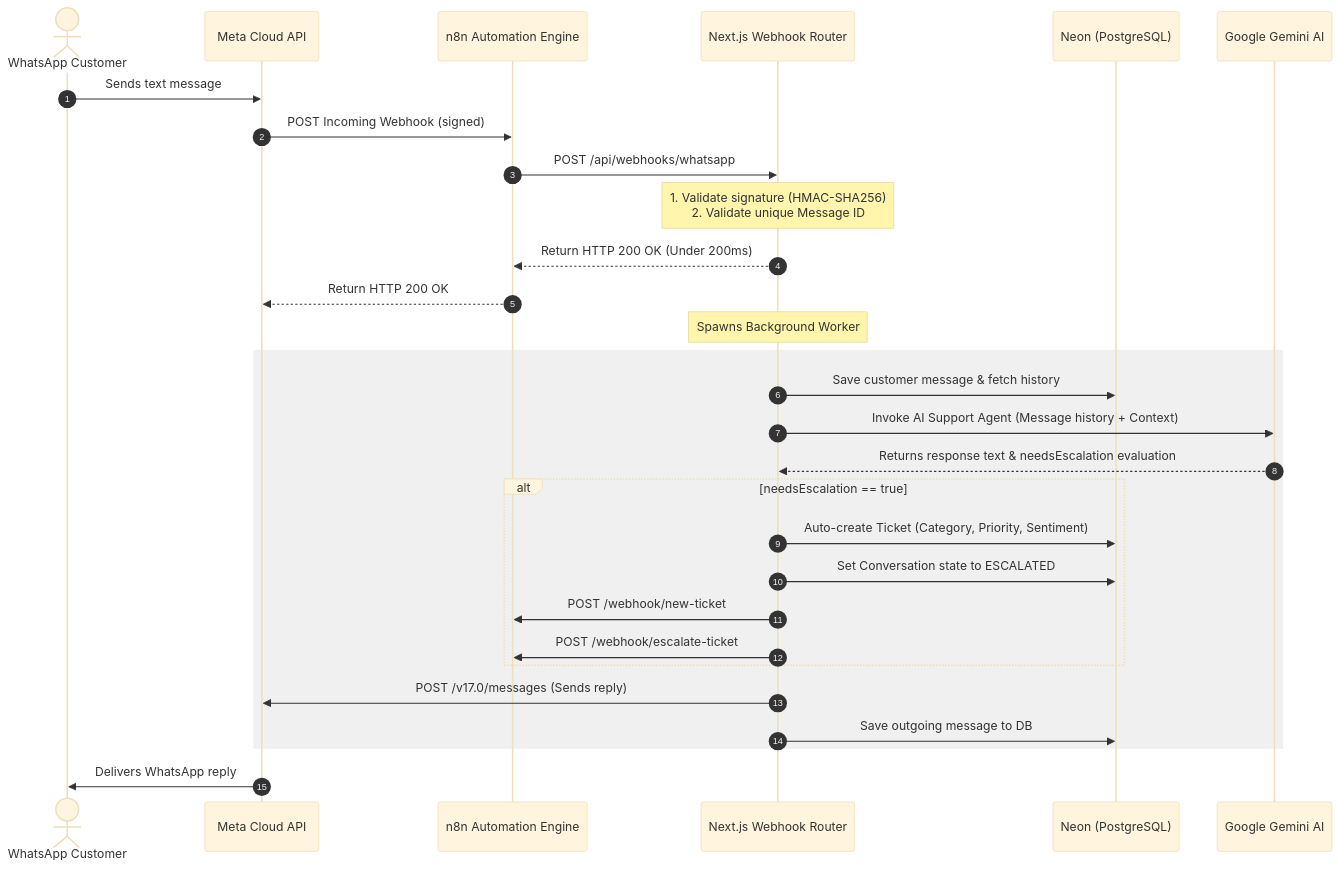
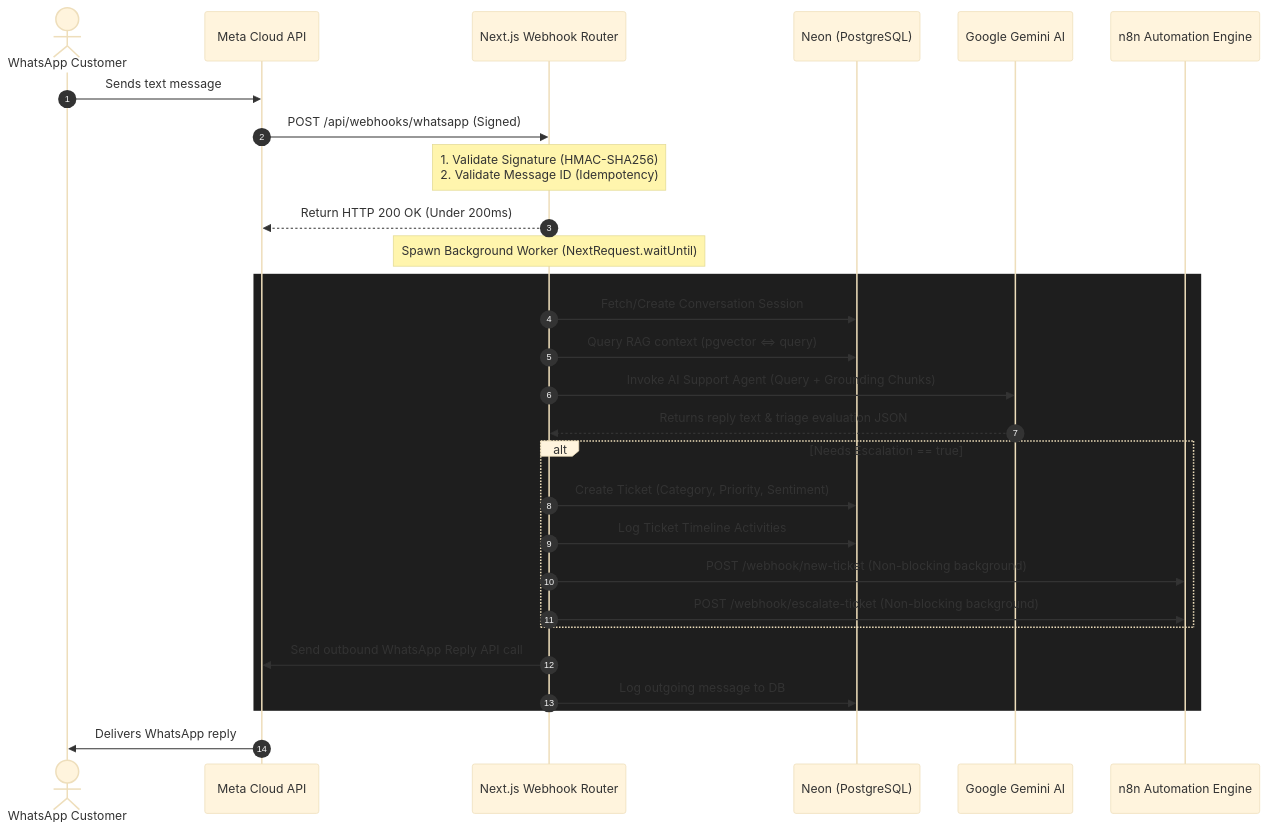
The diagram in README.md (pawan646435/FlowDesk-AI), drawn with Mermaid (base theme) before and after one commit. The commit also changed other lines of this file and 9 other files, not shown here.

Commit message:
docs: Perform repository audit, clean redundant guides, and add ARCHITECTURE & DEPLOYMENT docs

````diff
--- a/README.md
+++ b/README.md
@@ -12,36 +11,35 @@
 ```mermaid
 sequenceDiagram
     autonumber
     actor Customer as WhatsApp Customer
     participant Meta as Meta Cloud API
-    participant n8n as n8n Automation Engine
     participant NextJS as Next.js Webhook Router
     participant DB as Neon (PostgreSQL)
     participant Gemini as Google Gemini AI
+    participant n8n as n8n Automation Engine
 
     Customer->>Meta: Sends text message
-    Meta->>n8n: POST Incoming Webhook (signed)
-    n8n->>NextJS: POST /api/webhooks/whatsapp
+    Meta->>NextJS: POST /api/webhooks/whatsapp (Signed)
     
-    Note over NextJS: 1. Validate signature (HMAC-SHA256)<br/>2. Validate unique Message ID
-    NextJS-->>n8n: Return HTTP 200 OK (Under 200ms)
-    n8n-->>Meta: Return HTTP 200 OK
+    Note over NextJS: 1. Validate Signature (HMAC-SHA256)<br/>2. Validate Message ID (Idempotency)
+    NextJS-->>Meta: Return HTTP 200 OK (Under 200ms)
     
-    Note over NextJS: Spawns Background Worker
-    rect rgb(240, 240, 240)
-        NextJS->>DB: Save customer message & fetch history
-        NextJS->>Gemini: Invoke AI Support Agent (Message history + Context)
-        Gemini-->>NextJS: Returns response text & needsEscalation evaluation
+    Note over NextJS: Spawn Background Worker (NextRequest.waitUntil)
+    rect rgb(30, 30, 30)
+        NextJS->>DB: Fetch/Create Conversation Session
+        NextJS->>DB: Query RAG context (pgvector <=> query)
+        NextJS->>Gemini: Invoke AI Support Agent (Query + Grounding Chunks)
+        Gemini-->>NextJS: Returns reply text & triage evaluation JSON
         
-        alt needsEscalation == true
-            NextJS->>DB: Auto-create Ticket (Category, Priority, Sentiment)
-            NextJS->>DB: Set Conversation state to ESCALATED
-            NextJS->>n8n: POST /webhook/new-ticket
-            NextJS->>n8n: POST /webhook/escalate-ticket
+        alt Needs Escalation == true
+            NextJS->>DB: Create Ticket (Category, Priority, Sentiment)
+            NextJS->>DB: Log Ticket Timeline Activities
+            NextJS->>n8n: POST /webhook/new-ticket (Non-blocking background)
+            NextJS->>n8n: POST /webhook/escalate-ticket (Non-blocking background)
         end
-
-        NextJS->>Meta: POST /v17.0/messages (Sends reply)
-        NextJS->>DB: Save outgoing message to DB
+        
+        NextJS->>Meta: Send outbound WhatsApp Reply API call
+        NextJS->>DB: Log outgoing message to DB
     end
     Meta->>Customer: Delivers WhatsApp reply
 ```
````
